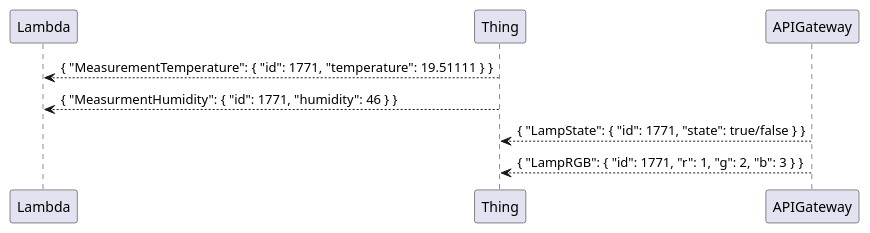
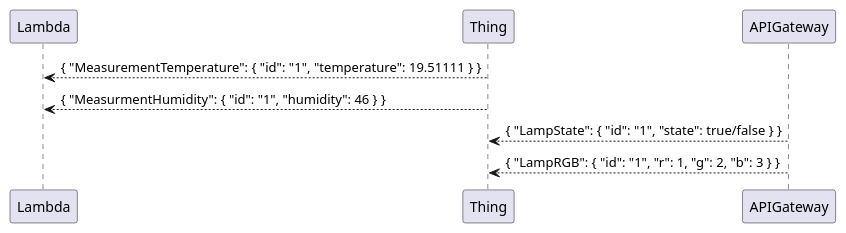
Before and after one commit to rust-iot-things/protocol: the diagram in topics/thing_input.puml, drawn with PlantUML. The commit also changed 4 other files, not shown here.

```diff
--- a/topics/thing_input.puml
+++ b/topics/thing_input.puml
@@ -1,10 +1,10 @@
 @startuml thing_input
 
-Lambda <-- Thing: { "MeasurementTemperature": { "id": 1771, "temperature": 19.51111 } }
-Lambda <-- Thing: { "MeasurmentHumidity": { "id": 1771, "humidity": 46 } }
+Lambda <-- Thing: { "MeasurementTemperature": { "id": "1", "temperature": 19.51111 } }
+Lambda <-- Thing: { "MeasurmentHumidity": { "id": "1", "humidity": 46 } }
 
-' APIGateway --> Thing: { "SetName": { "id": 1771, "name": "new_thing" } }
-APIGateway --> Thing: { "LampState": { "id": 1771, "state": true/false } }
-APIGateway --> Thing: { "LampRGB": { "id": 1771, "r": 1, "g": 2, "b": 3 } }
+' APIGateway --> Thing: { "SetName": { "id": "1", "name": "new_thing" } }
+APIGateway --> Thing: { "LampState": { "id": "1", "state": true/false } }
+APIGateway --> Thing: { "LampRGB": { "id": "1", "r": 1, "g": 2, "b": 3 } }
 
 @enduml
```
